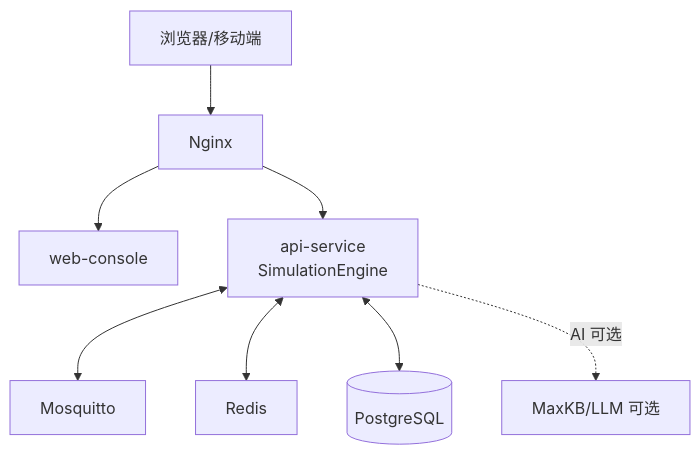
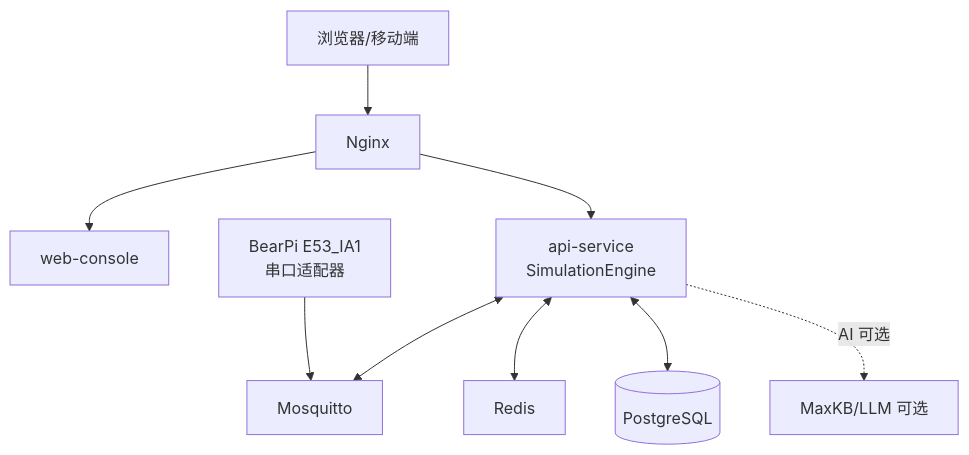
The second of 5 diagrams in 03_智慧农业_技术架构.md (FlowerNeverFade/smart-agriculture), drawn with Mermaid before and after one commit. The commit also changed other lines of this file and 19 other files, not shown here.

````diff
--- a/03_智慧农业_技术架构.md
+++ b/03_智慧农业_技术架构.md
@@ -219,18 +221,20 @@
 ```mermaid
 flowchart TB
     Browser[浏览器/移动端]
     Nginx[Nginx]
     Web[web-console]
     API[api-service<br/>SimulationEngine]
+    BearPi[BearPi E53_IA1<br/>串口适配器]
     Broker[Mosquitto]
     Redis[Redis]
     DB[(PostgreSQL)]
     KB[MaxKB/LLM 可选]
     Browser --> Nginx
     Nginx --> Web
     Nginx --> API
+    BearPi --> Broker
     API <--> Broker
     API <--> Redis
     API <--> DB
     API -.AI 可选.-> KB
 ```
````
